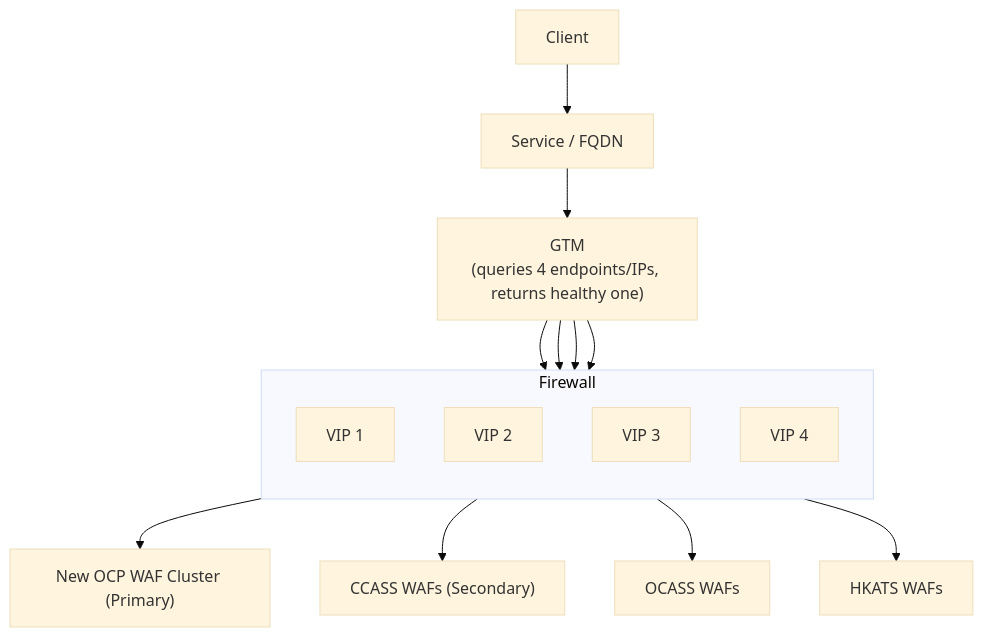
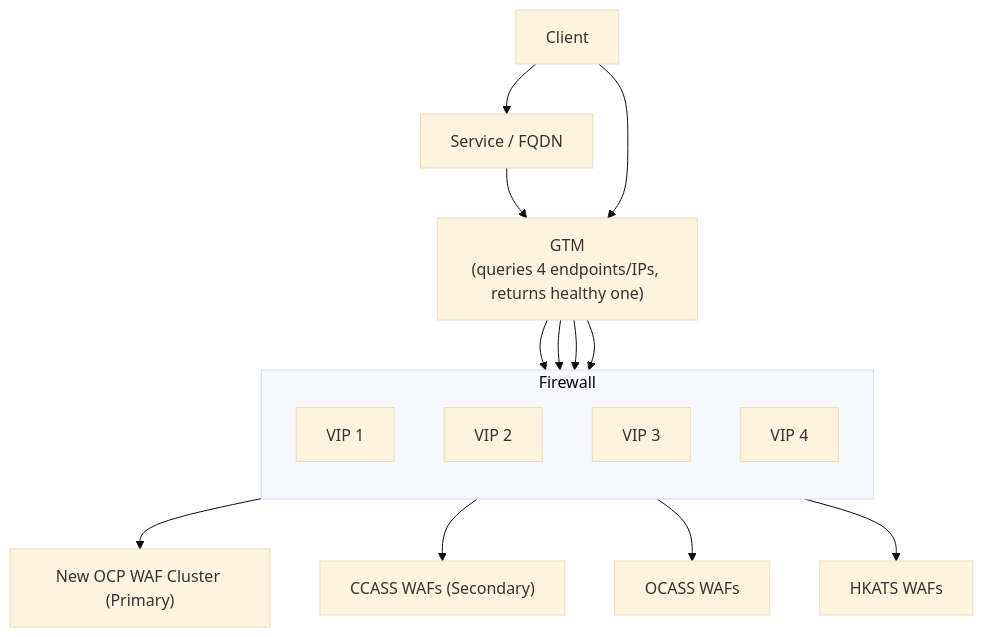
The diagram in GTM-WAF.md (jfang88/SampleDiagrams), drawn with Mermaid (base theme) before and after one commit.

````diff
--- a/GTM-WAF.md
+++ b/GTM-WAF.md
@@ -1,32 +1,33 @@
 ```mermaid
 graph TD
     Client["Client"]
     ServiceFQDN["Service / FQDN"]
     GTM["GTM\n(queries 4 endpoints/IPs, returns healthy one)"]
 
     subgraph Firewall
         direction TB
         VIP1["VIP 1"]
         VIP2["VIP 2"]
         VIP3["VIP 3"]
         VIP4["VIP 4"]
     end
 
     WAF1["New OCP WAF Cluster (Primary)"]
     WAF2["CCASS WAFs (Secondary)"]
     WAF3["OCASS WAFs"]
     WAF4["HKATS WAFs"]
 
     Client --> ServiceFQDN
     ServiceFQDN --> GTM
+    Client --> GTM
     GTM --> VIP1
     GTM --> VIP2
     GTM --> VIP3
     GTM --> VIP4
 
     VIP1 --> WAF1
     VIP2 --> WAF2
     VIP3 --> WAF3
     VIP4 --> WAF4
 
 ```
````
